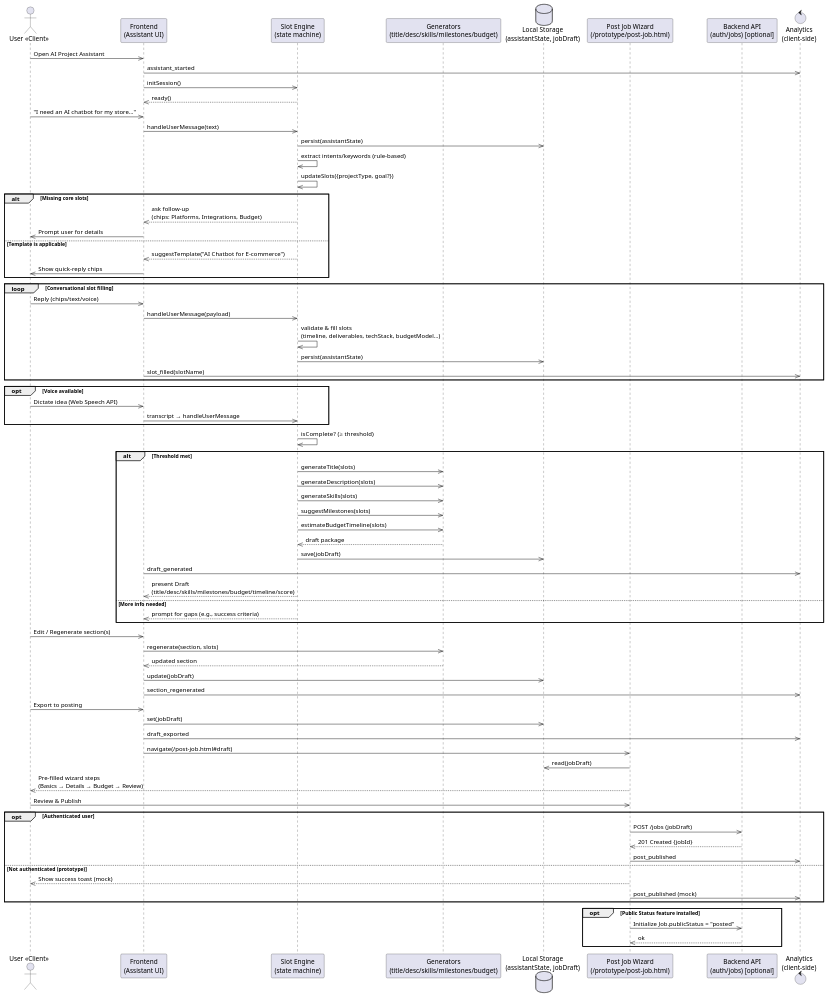
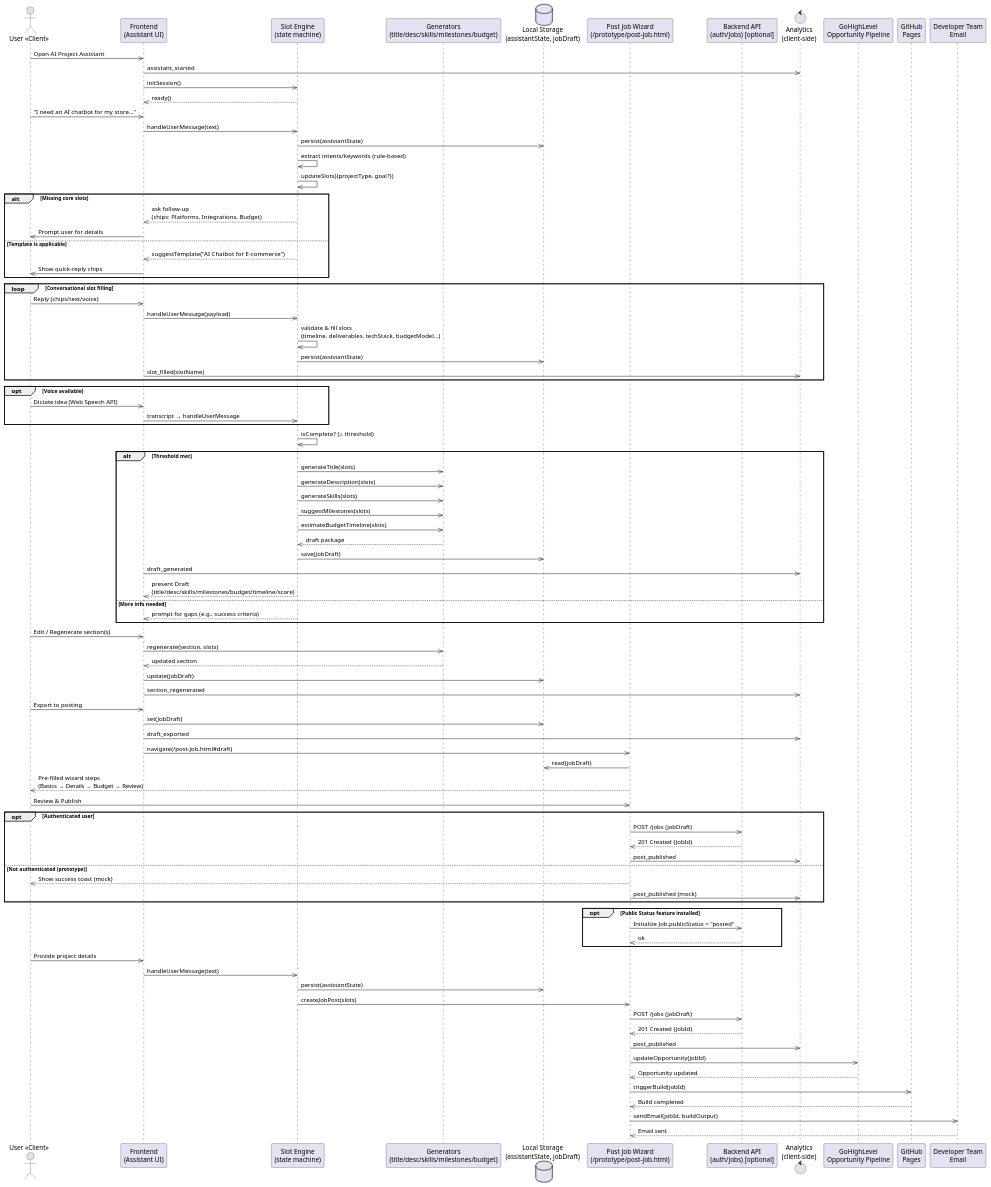
The diagram in ai_project_assistant_sequence.puml (lamont703/Project_Client_Developer_Platform), drawn with PlantUML before and after one commit. The commit also changed 23 other files, not shown here.

```diff
--- a/ai_project_assistant_sequence.puml
+++ b/ai_project_assistant_sequence.puml
@@ -1,95 +1,121 @@
 @startuml
 actor U as "User <<Client>>"
 participant FE as "Frontend\n(Assistant UI)"
 participant SE as "Slot Engine\n(state machine)"
 participant GEN as "Generators\n(title/desc/skills/milestones/budget)"
 database LS as "Local Storage\n(assistantState, jobDraft)"
 participant PJ as "Post Job Wizard\n(/prototype/post-job.html)"
 participant API as "Backend API\n(auth/jobs) [optional]"
 control ANA as "Analytics\n(client-side)"
+participant GHL as "GoHighLevel\nOpportunity Pipeline"
+participant GH as "GitHub\nPages"
+participant DEV as "Developer Team\nEmail"
 
 ' Session start
 U ->> FE : Open AI Project Assistant
 FE ->> ANA : assistant_started
 FE ->> SE  : initSession()
 SE -->> FE : ready()
 
 ' Initial idea
 U ->> FE : "I need an AI chatbot for my store…"
 FE ->> SE : handleUserMessage(text)
 SE ->> LS : persist(assistantState)
 SE ->> SE : extract intents/keywords (rule-based)
 SE ->> SE : updateSlots({projectType, goal?})
 
 alt Missing core slots
     SE -->> FE : ask follow-up\n(chips: Platforms, Integrations, Budget)
     FE ->> U   : Prompt user for details
 else Template is applicable
     SE -->> FE : suggestTemplate("AI Chatbot for E‑commerce")
     FE ->> U   : Show quick-reply chips
 end
 
 ' Iterative slot filling
 loop Conversational slot filling
     U  ->> FE : Reply (chips/text/voice)
     FE ->> SE : handleUserMessage(payload)
     SE ->> SE : validate & fill slots\n(timeline, deliverables, techStack, budgetModel…)
     SE ->> LS : persist(assistantState)
     FE ->> ANA: slot_filled(slotName)
 end
 
 ' Optional voice path
 opt Voice available
     U  ->> FE : Dictate idea (Web Speech API)
     FE ->> SE : transcript → handleUserMessage
 end
 
 ' Draft generation threshold
 SE ->> SE : isComplete? (≥ threshold)
 alt Threshold met
     SE ->> GEN : generateTitle(slots)
     SE ->> GEN : generateDescription(slots)
     SE ->> GEN : generateSkills(slots)
     SE ->> GEN : suggestMilestones(slots)
     SE ->> GEN : estimateBudgetTimeline(slots)
     GEN -->> SE: draft package
     SE ->> LS  : save(jobDraft)
     FE ->> ANA : draft_generated
     SE -->> FE : present Draft\n(title/desc/skills/milestones/budget/timeline/score)
 else More info needed
     SE -->> FE : prompt for gaps (e.g., success criteria)
 end
 
 ' Review & refine
 U  ->> FE : Edit / Regenerate section(s)
 FE ->> GEN: regenerate(section, slots)
 GEN-->> FE : updated section
 FE ->> LS : update(jobDraft)
 FE ->> ANA: section_regenerated
 
 ' Export to Post Job wizard
 U  ->> FE : Export to posting
 FE ->> LS : set(jobDraft)
 FE ->> ANA: draft_exported
 FE ->> PJ : navigate(/post-job.html#draft)
 
 ' Wizard import & publish
 PJ ->> LS : read(jobDraft)
 PJ -->> U : Pre-filled wizard steps\n(Basics → Details → Budget → Review)
 U  ->> PJ : Review & Publish
 
 opt Authenticated user
     PJ ->> API : POST /jobs (jobDraft)
     API -->> PJ: 201 Created {jobId}
     PJ ->> ANA : post_published
 else Not authenticated (prototype)
     PJ -->> U : Show success toast (mock)
     PJ ->> ANA : post_published (mock)
 end
 
 ' Public project status (integration hook)
 opt Public Status feature installed
     PJ ->> API : Initialize Job.publicStatus = "posted"
     API -->> PJ: ok
 end
+
+' Capture project details
+U ->> FE : Provide project details
+FE ->> SE : handleUserMessage(text)
+SE ->> LS : persist(assistantState)
+
+' Post job on site
+SE ->> PJ : createJobPost(slots)
+PJ ->> API : POST /jobs (jobDraft)
+API -->> PJ: 201 Created {jobId}
+PJ ->> ANA : post_published
+
+' Update GoHighLevel pipeline
+PJ ->> GHL : updateOpportunity(jobId)
+GHL -->> PJ : Opportunity updated
+
+' Trigger build and send to GitHub
+PJ ->> GH : triggerBuild(jobId)
+GH -->> PJ : Build completed
+
+' Email output to developer team
+PJ ->> DEV : sendEmail(jobId, buildOutput)
+DEV -->> PJ : Email sent
 @enduml 
```
